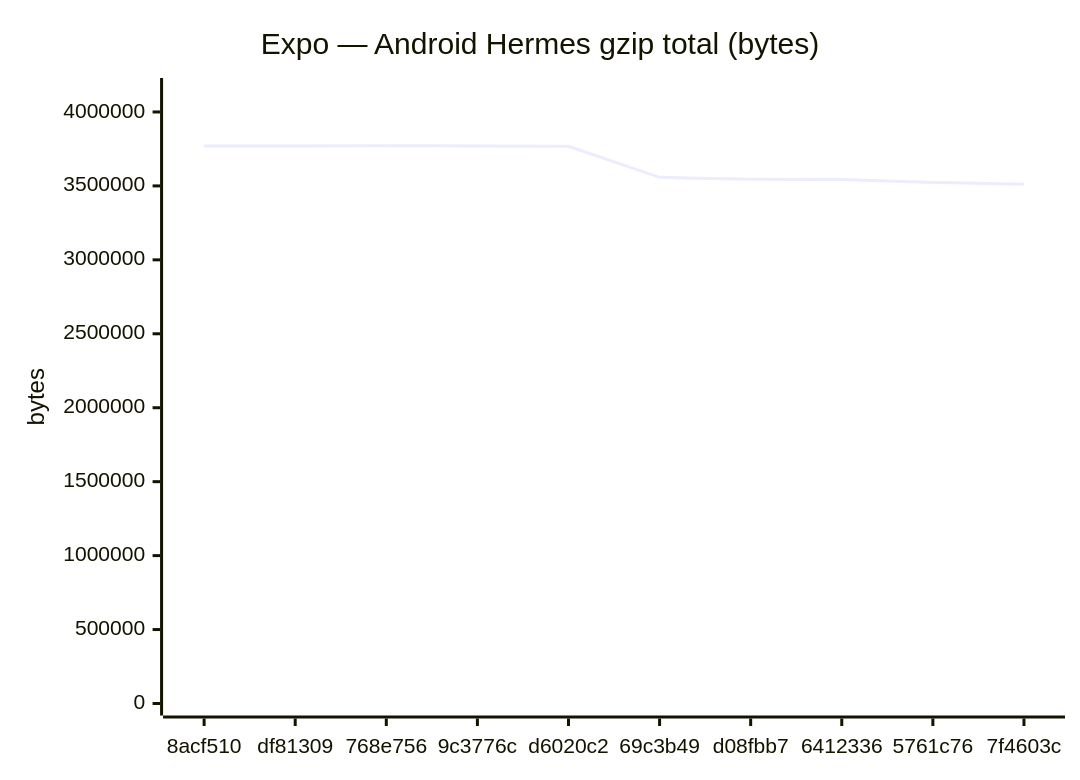
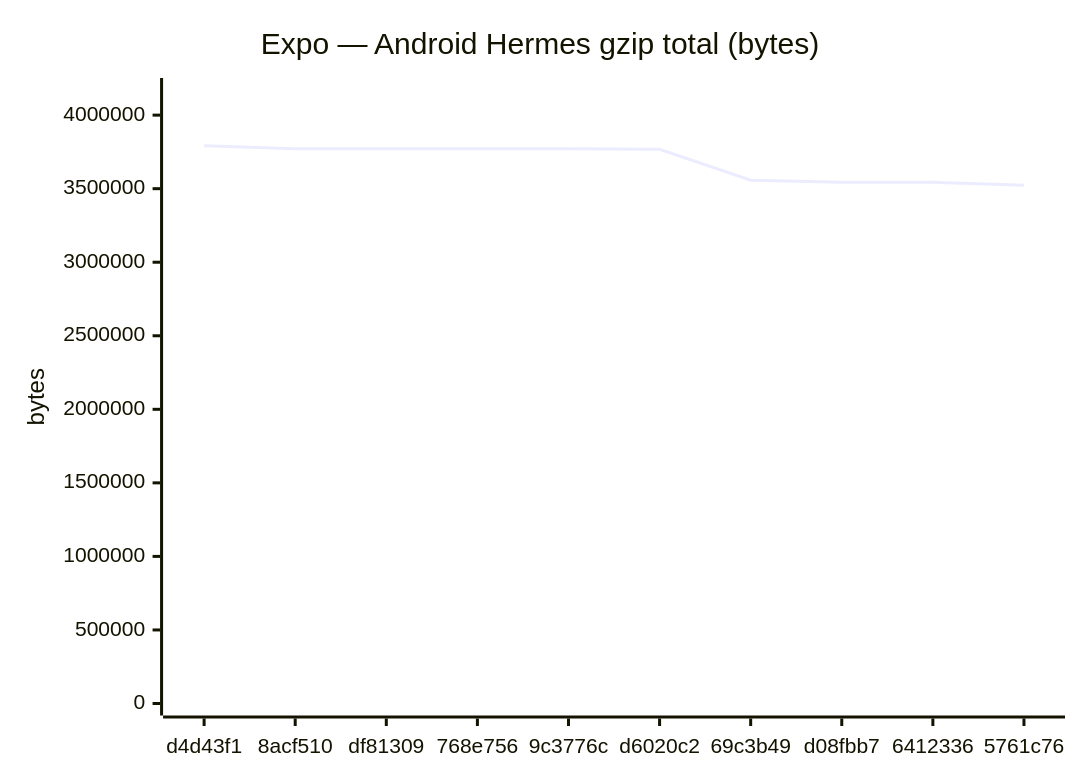
One commit to Metaheurist/Rianell changed the fifth of 18 diagrams in benchmarks/compare.md. Above: the diagram before and after it, drawn with Mermaid. The commit also changed other lines of this file and 11 other files, not shown here.

````diff
--- a/benchmarks/compare.md
+++ b/benchmarks/compare.md
@@ -89,7 +89,7 @@
 ```mermaid
 xychart-beta
     title "Expo — Android Hermes gzip total (bytes)"
-    x-axis ["8acf510", "df81309", "768e756", "9c3776c", "d6020c2", "69c3b49", "d08fbb7", "6412336", "5761c76", "7f4603c"]
-    y-axis "bytes" 0 --> 4148478
-    line [3770636, 3770634, 3771343, 3770634, 3767812, 3557908, 3544463, 3543472, 3523541, 3511474]
+    x-axis ["d4d43f1", "8acf510", "df81309", "768e756", "9c3776c", "d6020c2", "69c3b49", "d08fbb7", "6412336", "5761c76"]
+    y-axis "bytes" 0 --> 4170888
+    line [3791716, 3770636, 3770634, 3771343, 3770634, 3767812, 3557908, 3544463, 3543472, 3523541]
 ```
````
